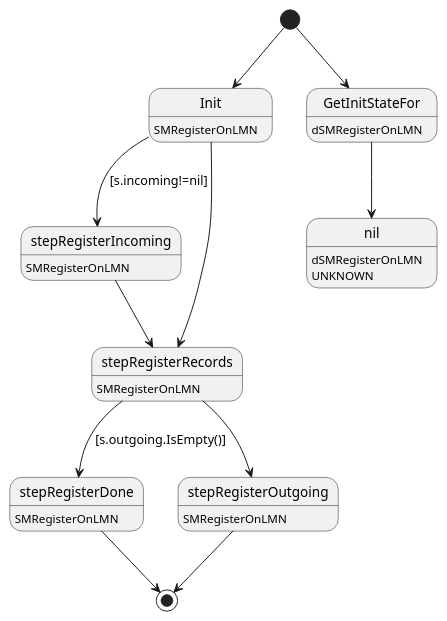
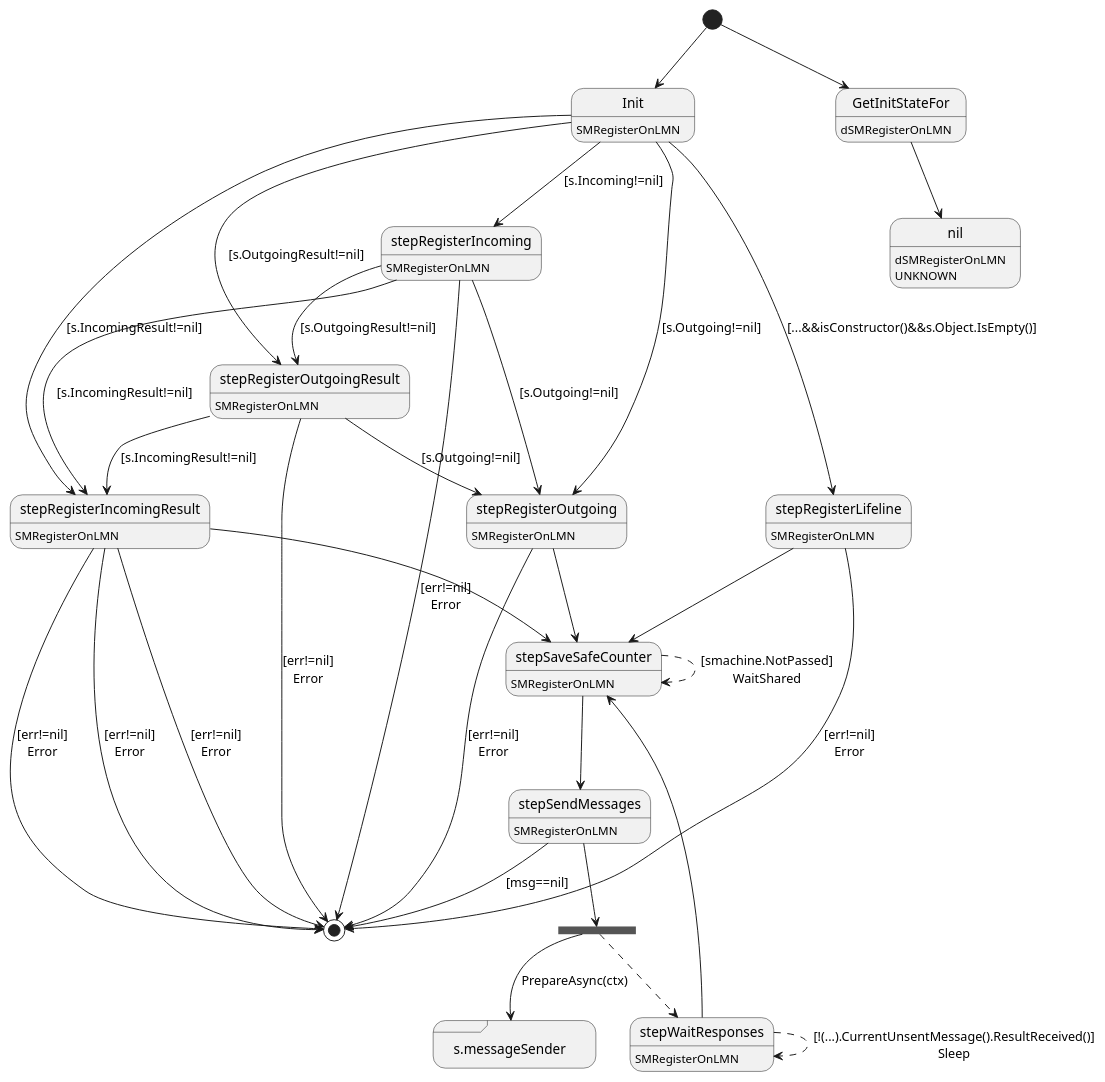
One commit to insolar/assured-ledger changed the diagram in ledger-core/virtual/execute/registeronlmn.plantuml. Above: the diagram before and after it, drawn with PlantUML. The commit also changed 6 other files, not shown here.

First line of the commit message:
Register bargeIn and wait responses for all messages

```diff
--- a/ledger-core/virtual/execute/registeronlmn.plantuml
+++ b/ledger-core/virtual/execute/registeronlmn.plantuml
@@ -1,27 +1,58 @@
 @startuml
 state "Init" as T01_S001
 T01_S001 : SMRegisterOnLMN
 [*] --> T01_S001
-T01_S001 --> T01_S002 : [s.incoming!=nil]
-T01_S001 --> T01_S003
-state "stepRegisterDone" as T01_S005
-T01_S005 : SMRegisterOnLMN
-T01_S005 --> [*]
-state "stepRegisterIncoming" as T01_S002
+T01_S001 --> T01_S002 : [...&&isConstructor()&&s.Object.IsEmpty()]
+T01_S001 --> T01_S003 : [s.Incoming!=nil]
+T01_S001 --> T01_S005 : [s.OutgoingResult!=nil]
+T01_S001 --> T01_S004 : [s.Outgoing!=nil]
+T01_S001 --> T01_S006 : [s.IncomingResult!=nil]
+state "s.messageSender" as T01_S009 <<sdlreceive>>
+state "stepRegisterIncoming" as T01_S003
+T01_S003 : SMRegisterOnLMN
+T01_S003 --> [*] : [err!=nil]\nError
+T01_S003 --> T01_S004 : [s.Outgoing!=nil]
+T01_S003 --> T01_S005 : [s.OutgoingResult!=nil]
+T01_S003 --> T01_S006 : [s.IncomingResult!=nil]
+state "stepRegisterIncomingResult" as T01_S006
+T01_S006 : SMRegisterOnLMN
+T01_S006 --> [*] : [err!=nil]\nError
+T01_S006 --> [*] : [err!=nil]\nError
+T01_S006 --> [*] : [err!=nil]\nError
+T01_S006 --> T01_S007
+state "stepRegisterLifeline" as T01_S002
 T01_S002 : SMRegisterOnLMN
-T01_S002 --> T01_S003
+T01_S002 --> [*] : [err!=nil]\nError
+T01_S002 --> T01_S007
 state "stepRegisterOutgoing" as T01_S004
 T01_S004 : SMRegisterOnLMN
-T01_S004 --> [*]
-state "stepRegisterRecords" as T01_S003
-T01_S003 : SMRegisterOnLMN
-T01_S003 --> T01_S005 : [s.outgoing.IsEmpty()]
-T01_S003 --> T01_S004
+T01_S004 --> [*] : [err!=nil]\nError
+T01_S004 --> T01_S007
+state "stepRegisterOutgoingResult" as T01_S005
+T01_S005 : SMRegisterOnLMN
+T01_S005 --> [*] : [err!=nil]\nError
+T01_S005 --> T01_S004 : [s.Outgoing!=nil]
+T01_S005 --> T01_S006 : [s.IncomingResult!=nil]
+state "stepSaveSafeCounter" as T01_S007
+T01_S007 : SMRegisterOnLMN
+T01_S007 --[dashed]> T01_S007 : [smachine.NotPassed]\nWaitShared
+T01_S007 --> T01_S008
+state "stepSendMessages" as T01_S008
+T01_S008 : SMRegisterOnLMN
+T01_S008 --> [*] : [msg==nil]
+state T01_U001 <<fork>>
+T01_S008 --> T01_U001
+T01_U001 --> T01_S009 : PrepareAsync(ctx)
+T01_U001 --[dashed]> T01_S010
+state "stepWaitResponses" as T01_S010
+T01_S010 : SMRegisterOnLMN
+T01_S010 --[dashed]> T01_S010 : [!(...).CurrentUnsentMessage().ResultReceived()]\nSleep
+T01_S010 --> T01_S007
 state "GetInitStateFor" as T00_S001
 T00_S001 : dSMRegisterOnLMN
 [*] --> T00_S001
-state "nil" as T00_U001
-T00_U001 : dSMRegisterOnLMN
-T00_U001 : UNKNOWN 
-T00_S001 --> T00_U001
+state "nil" as T00_U002
+T00_U002 : dSMRegisterOnLMN
+T00_U002 : UNKNOWN 
+T00_S001 --> T00_U002
 @enduml
```
